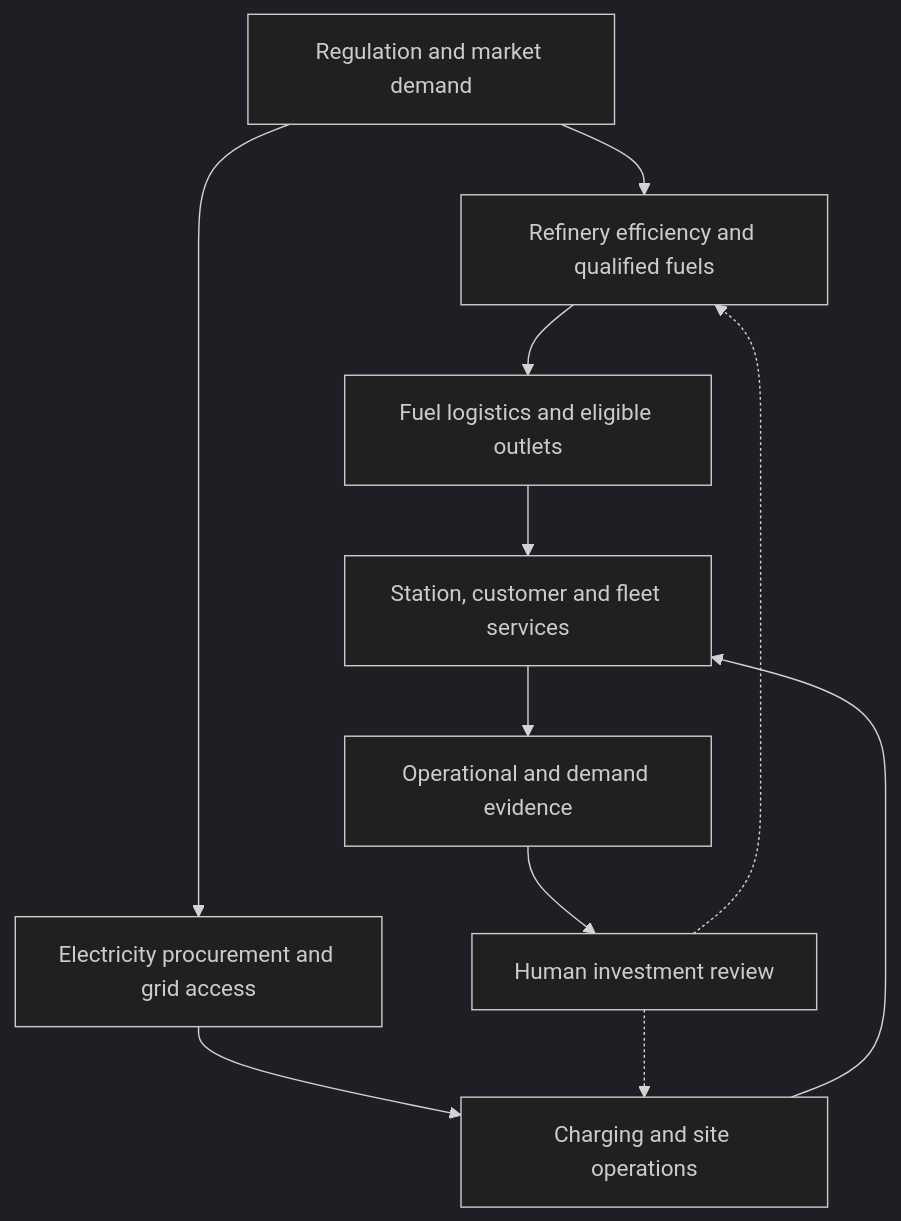
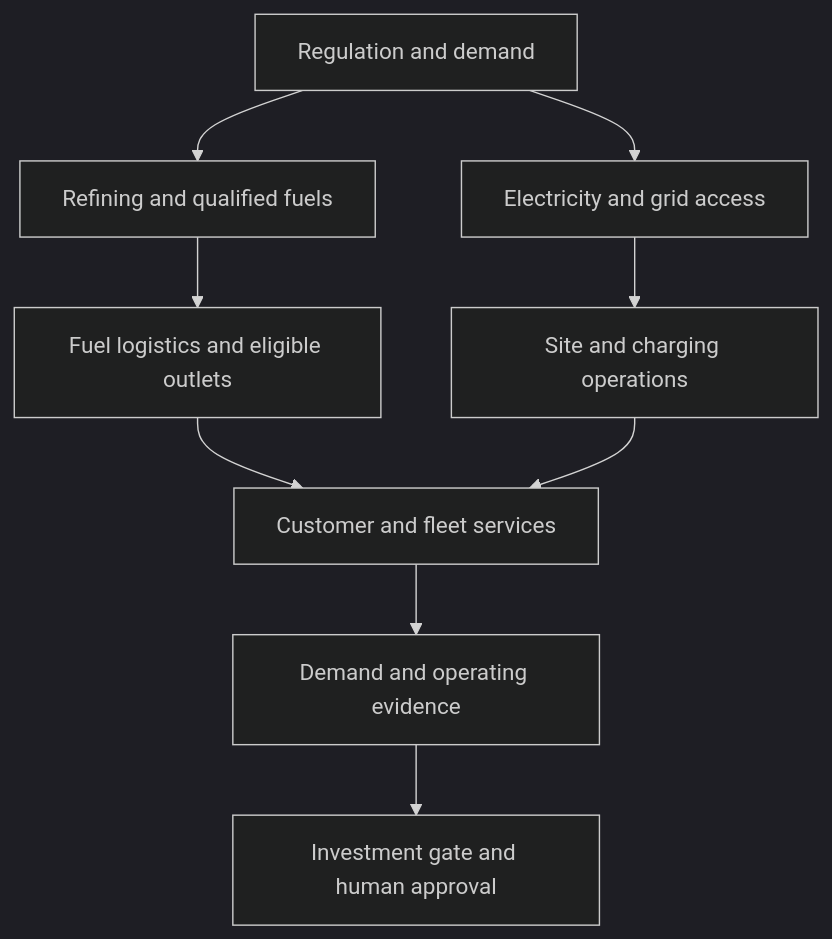
Before and after one commit to QueenKM/ip-transition-strategy: the first of 2 diagrams in README.md, drawn with Mermaid (dark theme). The commit also changed other lines of this file, not shown here.

Commit message:
Clarify the strategy flow in the rendered showcase

````diff
--- a/README.md
+++ b/README.md
@@ -53,13 +106,11 @@
 ```mermaid
 flowchart TD
-    A["Regulation and market demand"] --> B["Refinery efficiency and qualified fuels"]
-    A --> C["Electricity procurement and grid access"]
+    A["Regulation and demand"] --> B["Refining and qualified fuels"]
+    A --> C["Electricity and grid access"]
     B --> D["Fuel logistics and eligible outlets"]
-    C --> E["Charging and site operations"]
-    D --> F["Station, customer and fleet services"]
+    C --> E["Site and charging operations"]
+    D --> F["Customer and fleet services"]
     E --> F
-    F --> G["Operational and demand evidence"]
-    G --> H["Human investment review"]
-    H -.-> B
-    H -.-> E
+    F --> G["Demand and operating evidence"]
+    G --> H["Investment gate and human approval"]
 ```
````
